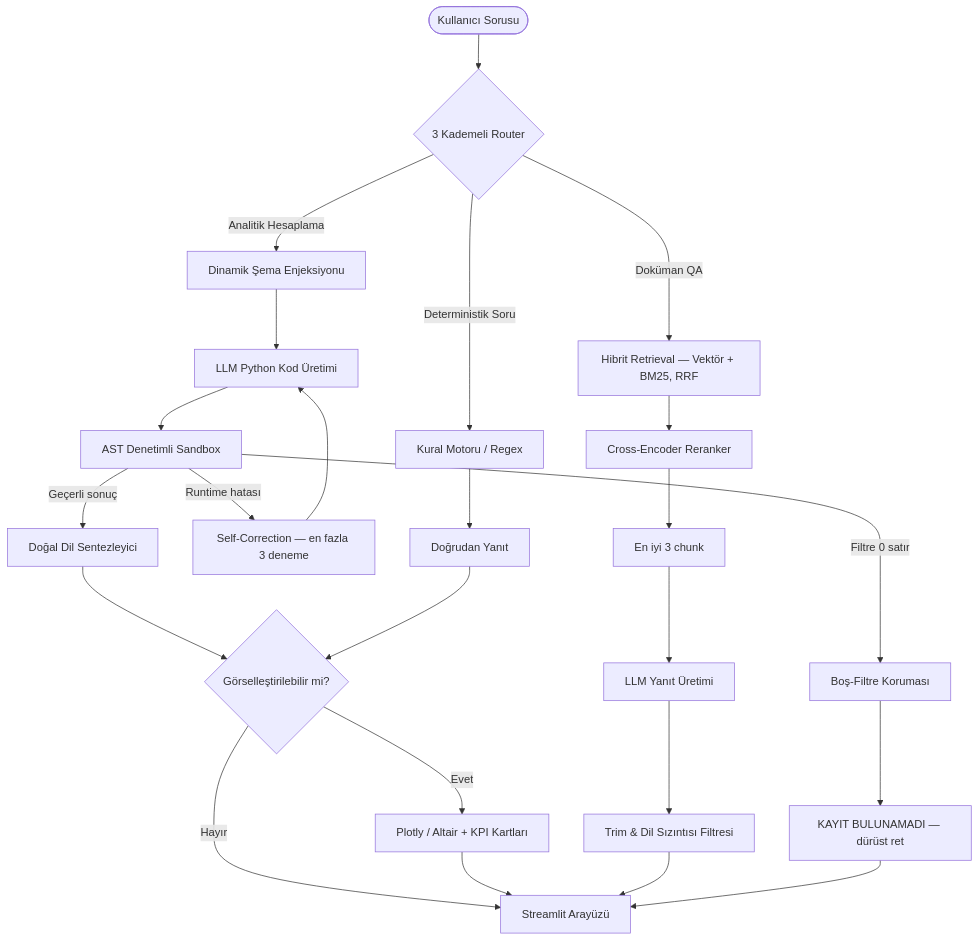
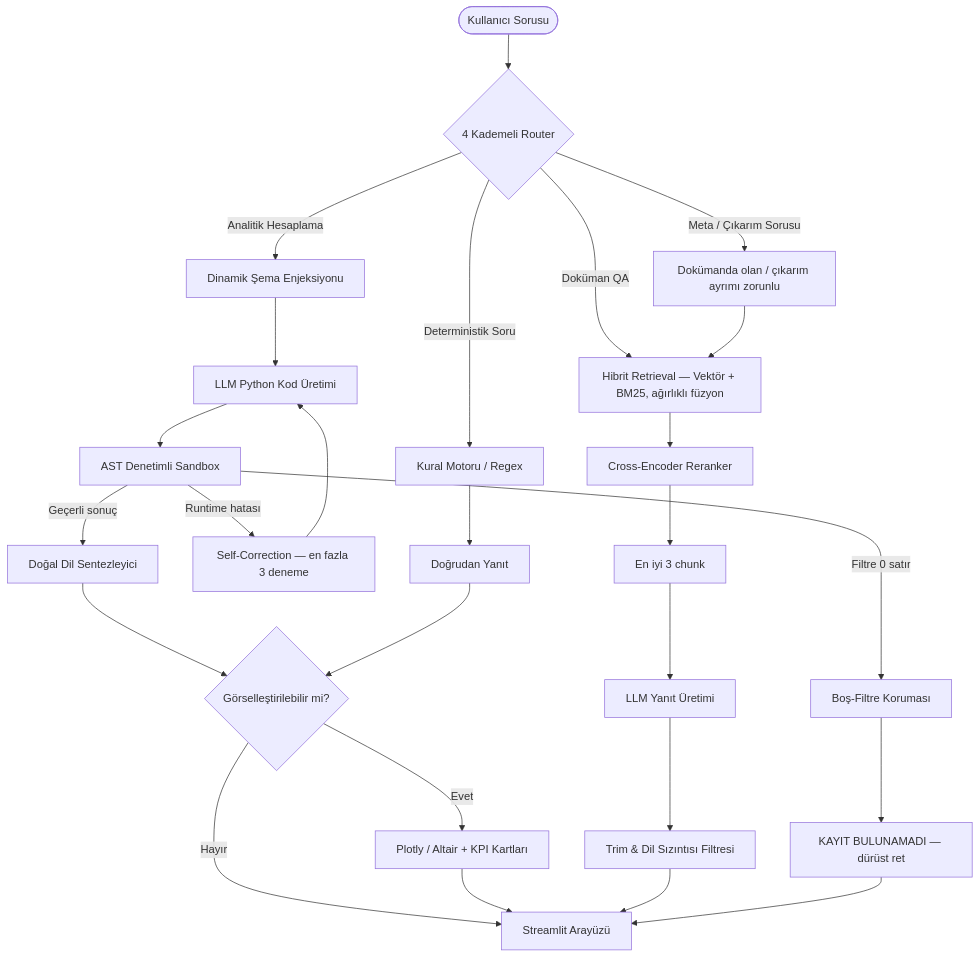
The diagram in docs/TEKNIK_RAPOR.md (MerveSevim44/rag_intern_project), drawn with Mermaid before and after one commit. The commit also changed other lines of this file and 1 other file, not shown here.

Commit message:
docs: güncellemeler ve iyileştirmeler — 4 kademeli yönlendirici ve boş-filtre koruması hakkında bilgi ekleme

````diff
--- a/docs/TEKNIK_RAPOR.md
+++ b/docs/TEKNIK_RAPOR.md
@@ -81,34 +83,38 @@
 ```mermaid
 flowchart TD
-    UserQuery([Kullanıcı Sorusu]) --> Router{3 Kademeli Router}
+    UserQuery([Kullanıcı Sorusu]) --> Router{4 Kademeli Router}
 
     %% Rota 1 — deterministik
     Router -->|Deterministik Soru| RuleEngine["Kural Motoru / Regex"]
     RuleEngine --> DirectResult["Doğrudan Yanıt"]
 
     %% Rota 2 — analitik
     Router -->|Analitik Hesaplama| SchemaInject["Dinamik Şema Enjeksiyonu"]
     SchemaInject --> LLMCode["LLM Python Kod Üretimi"]
     LLMCode --> Sandbox["AST Denetimli Sandbox"]
     Sandbox -->|Runtime hatası| Retry["Self-Correction — en fazla 3 deneme"]
     Retry --> LLMCode
     Sandbox -->|Filtre 0 satır| Guard["Boş-Filtre Koruması"]
     Guard --> EmptyRefusal["KAYIT BULUNAMADI — dürüst ret"]
     Sandbox -->|Geçerli sonuç| NLSynth["Doğal Dil Sentezleyici"]
 
     %% Rota 3 — metin
-    Router -->|Doküman QA| HybridRet["Hibrit Retrieval — Vektör + BM25, RRF"]
+    Router -->|Doküman QA| HybridRet["Hibrit Retrieval — Vektör + BM25, ağırlıklı füzyon"]
     HybridRet --> Reranker["Cross-Encoder Reranker"]
     Reranker --> TopChunks["En iyi 3 chunk"]
     TopChunks --> LLMGen["LLM Yanıt Üretimi"]
     LLMGen --> TrimLayer["Trim & Dil Sızıntısı Filtresi"]
+
+    %% Rota 4 — meta
+    Router -->|Meta / Çıkarım Sorusu| MetaSynth["Dokümanda olan / çıkarım ayrımı zorunlu"]
+    MetaSynth --> HybridRet
 
     %% Ortak çıkış
     NLSynth --> Visualizer{Görselleştirilebilir mi?}
     DirectResult --> Visualizer
     Visualizer -->|Evet| ChartGen["Plotly / Altair + KPI Kartları"]
     Visualizer -->|Hayır| UI["Streamlit Arayüzü"]
     ChartGen --> UI
     TrimLayer --> UI
     EmptyRefusal --> UI
 ```
````
